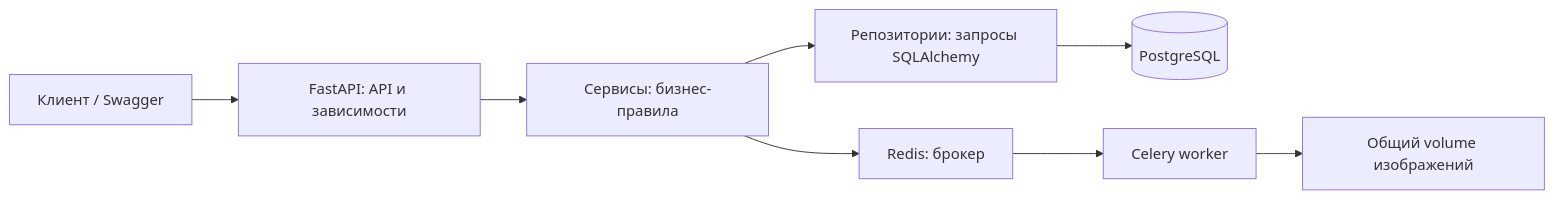
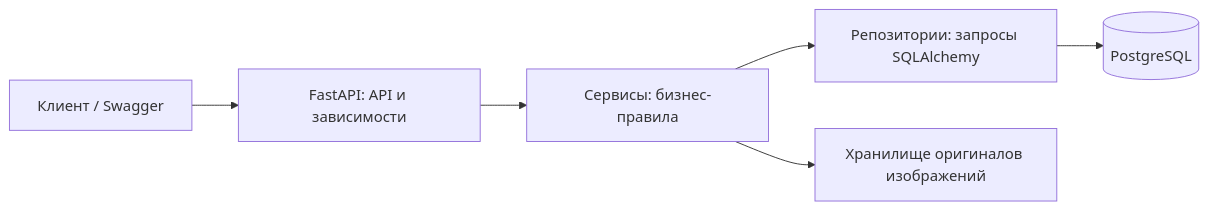
One commit to MrSuIR/EasyBook changed the first of 2 diagrams in README.md. Above: the diagram before and after it, drawn with Mermaid. The commit also changed other lines of this file and 21 other files, not shown here.

````diff
--- a/README.md
+++ b/README.md
@@ -20,10 +20,8 @@
 ```mermaid
 flowchart LR
     C["Клиент / Swagger"] --> A["FastAPI: API и зависимости"]
     A --> S["Сервисы: бизнес-правила"]
     S --> R["Репозитории: запросы SQLAlchemy"]
     R --> P[(PostgreSQL)]
-    S --> Q["Redis: брокер"]
-    Q --> W["Celery worker"]
-    W --> F["Общий volume изображений"]
+    S --> F["Хранилище оригиналов изображений"]
 ```
````
